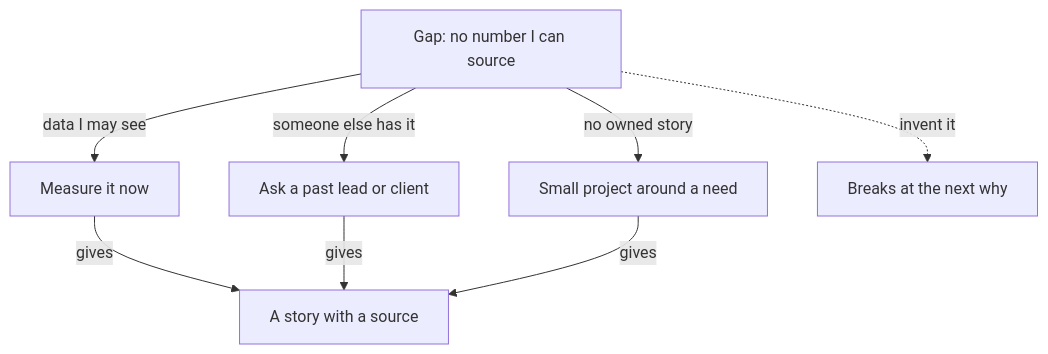
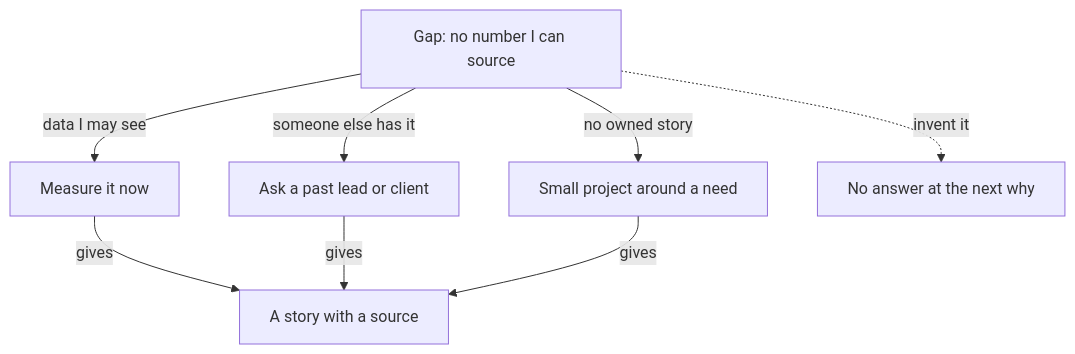
Before and after one commit to devweekends/Buildment: the diagram in courses/founder-interviews/07-the-full-interview/07.02-feedback-and-gaps.md, drawn with Mermaid. The commit also changed other lines of this file and 4 other files, not shown here.

````diff
--- a/courses/founder-interviews/07-the-full-interview/07.02-feedback-and-gaps.md
+++ b/courses/founder-interviews/07-the-full-interview/07.02-feedback-and-gaps.md
@@ -81,10 +73,10 @@
 ```mermaid
 flowchart TD
   G["Gap: no number I can source"] -->|"data I may see"| M["Measure it now"]
   G -->|"someone else has it"| A["Ask a past lead or client"]
   G -->|"no owned story"| P["Small project around a need"]
   M -->|"gives"| S["A story with a source"]
   A -->|"gives"| S
   P -->|"gives"| S
-  G -.->|"invent it"| X["Breaks at the next why"]
+  G -.->|"invent it"| X["No answer at the next why"]
 ```
````
